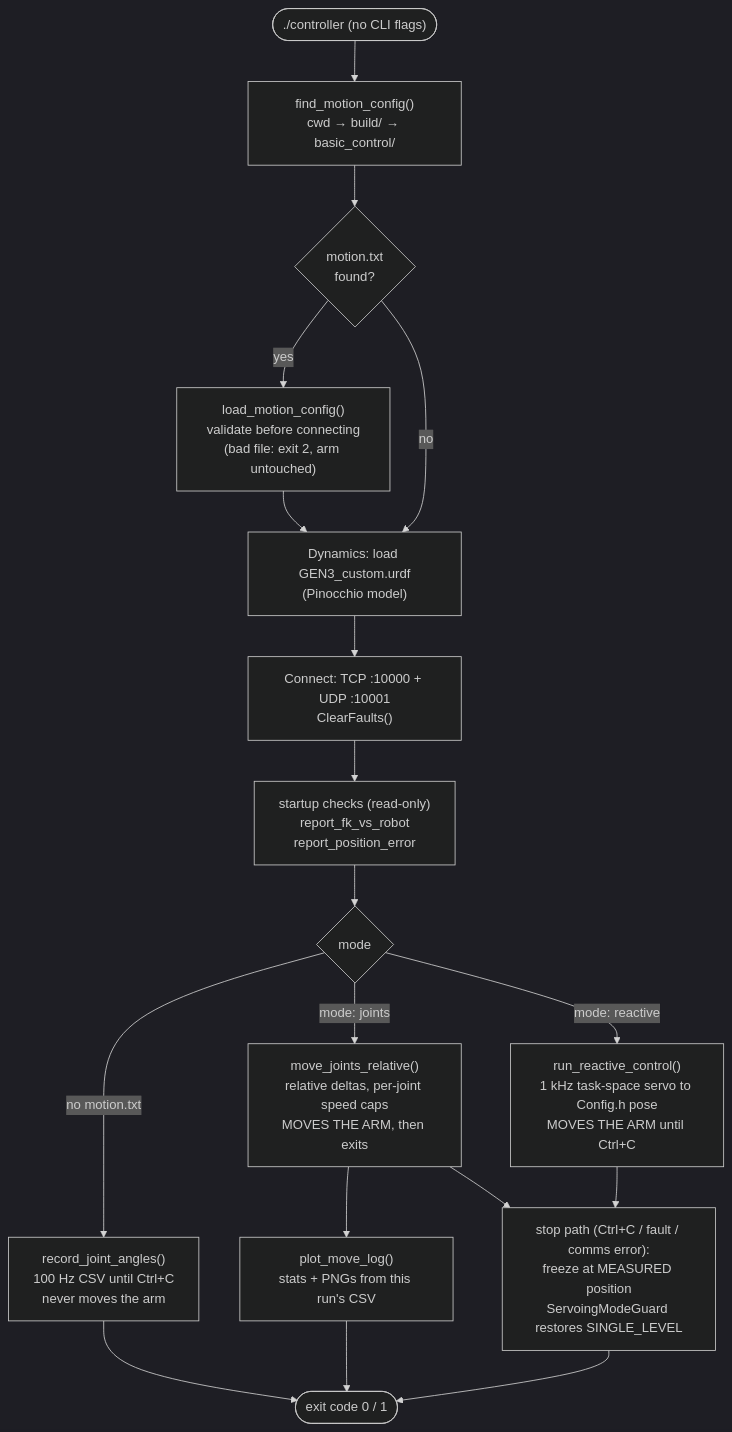
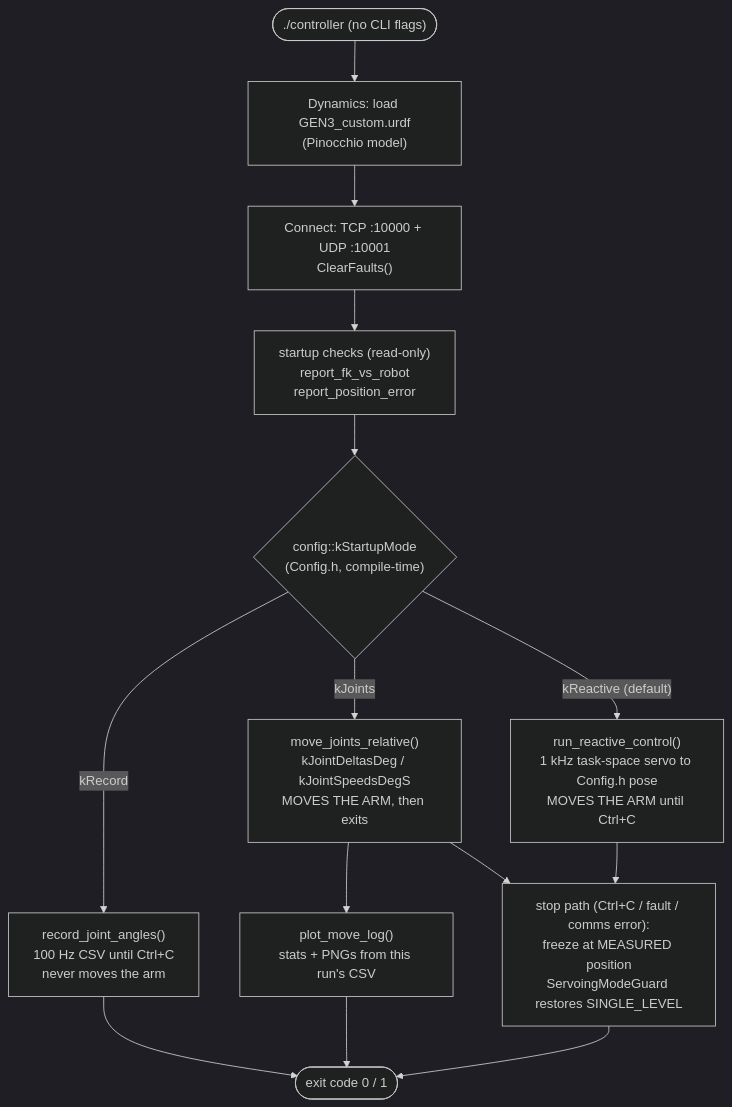
One commit to fechachris4/HumanSL_MAIN changed the first of 2 diagrams in Christian_control/docs/CONTROLLER_CODE_MAP.md. Above: the diagram before and after it, drawn with Mermaid (dark theme). The commit also changed other lines of this file and 11 other files, not shown here.

First line of the commit message:
Replace motion.txt with a compiled-in startup mode (Config.h)

````diff
--- a/Christian_control/docs/CONTROLLER_CODE_MAP.md
+++ b/Christian_control/docs/CONTROLLER_CODE_MAP.md
@@ -16,20 +16,16 @@
 ```mermaid
 flowchart TD
-    start(["./controller (no CLI flags)"]) --> find["find_motion_config()<br/>cwd → build/ → basic_control/"]
-    find --> parse{"motion.txt<br/>found?"}
-    parse -- "yes" --> load["load_motion_config()<br/>validate before connecting<br/>(bad file: exit 2, arm untouched)"]
-    parse -- "no" --> model
-    load --> model["Dynamics: load GEN3_custom.urdf<br/>(Pinocchio model)"]
+    start(["./controller (no CLI flags)"]) --> model["Dynamics: load GEN3_custom.urdf<br/>(Pinocchio model)"]
     model --> conn["Connect: TCP :10000 + UDP :10001<br/>ClearFaults()"]
     conn --> checks["startup checks (read-only)<br/>report_fk_vs_robot<br/>report_position_error"]
-    checks --> mode{"mode"}
-    mode -- "no motion.txt" --> rec["record_joint_angles()<br/>100 Hz CSV until Ctrl+C<br/>never moves the arm"]
-    mode -- "mode: joints" --> mv["move_joints_relative()<br/>relative deltas, per-joint speed caps<br/>MOVES THE ARM, then exits"]
-    mode -- "mode: reactive" --> rx["run_reactive_control()<br/>1 kHz task-space servo to Config.h pose<br/>MOVES THE ARM until Ctrl+C"]
+    checks --> mode{"config::kStartupMode<br/>(Config.h, compile-time)"}
+    mode -- "kRecord" --> rec["record_joint_angles()<br/>100 Hz CSV until Ctrl+C<br/>never moves the arm"]
+    mode -- "kJoints" --> mv["move_joints_relative()<br/>kJointDeltasDeg / kJointSpeedsDegS<br/>MOVES THE ARM, then exits"]
+    mode -- "kReactive (default)" --> rx["run_reactive_control()<br/>1 kHz task-space servo to Config.h pose<br/>MOVES THE ARM until Ctrl+C"]
     mv --> plot["plot_move_log()<br/>stats + PNGs from this run's CSV"]
     rx --> stopped["stop path (Ctrl+C / fault / comms error):<br/>freeze at MEASURED position<br/>ServoingModeGuard restores SINGLE_LEVEL"]
     mv --> stopped
     plot --> exit(["exit code 0 / 1"])
     rec --> exit
     stopped --> exit
 ```
````
